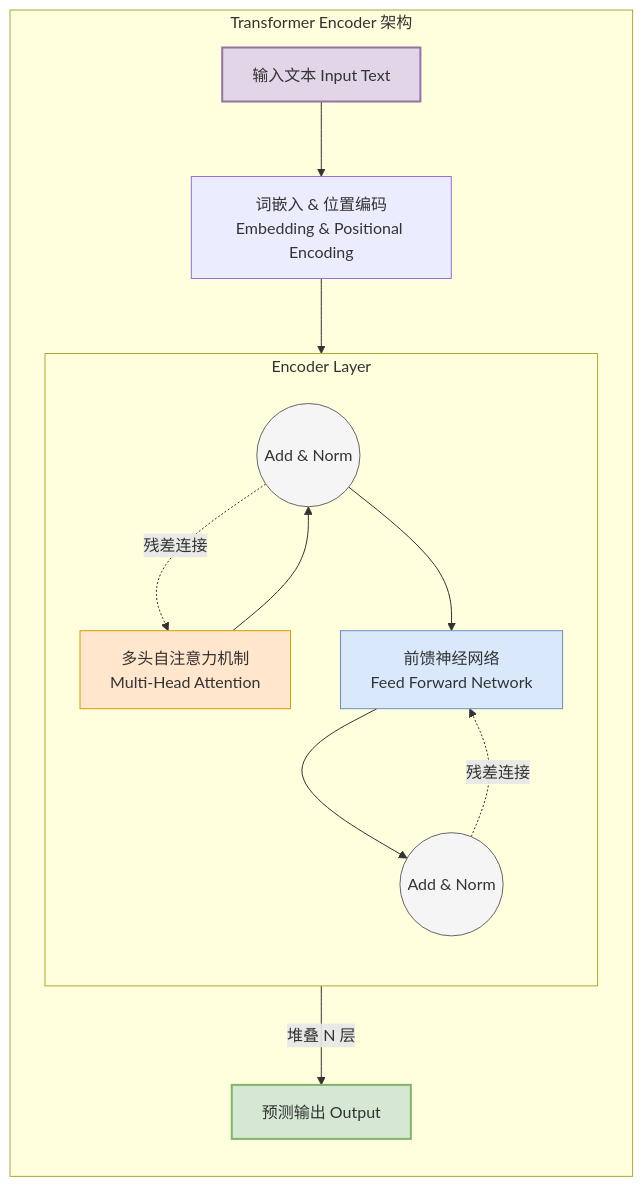
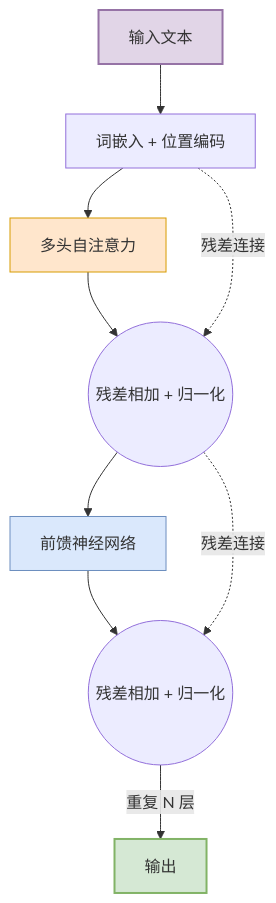
Before and after one commit to PlutoKeating/Project.plusOne: the second of 2 diagrams in docs/ch02/extra-01-self-attention.md, drawn with Mermaid. The commit also changed other lines of this file and 2 other files, not shown here.

Commit message:
docs(ch02): rewrite LLM API chapter and self-attention reading; shorten sidebar title

````diff
--- a/docs/ch02/extra-01-self-attention.md
+++ b/docs/ch02/extra-01-self-attention.md
@@ -256,28 +141,16 @@
 ```mermaid
 graph TD
-    subgraph Transformer Encoder 架构
-        direction TB
-        Input[输入文本 Input Text] --> Embed[词嵌入 & 位置编码<br/>Embedding & Positional Encoding]
-        
-        Embed --> AddNorm1
-        
-        subgraph Encoder Layer
-            direction TB
-            MultiHead[多头自注意力机制<br/>Multi-Head Attention] --> AddNorm1((Add & Norm))
-            AddNorm1 --> FFN[前馈神经网络<br/>Feed Forward Network]
-            FFN --> AddNorm2((Add & Norm))
-            
-            AddNorm1 -.->|残差连接| MultiHead
-            AddNorm2 -.->|残差连接| FFN
-        end
-        
-        AddNorm2 -->|堆叠 N 层| Output[预测输出 Output]
-    end
+    Input[输入文本] --> Embed[词嵌入 + 位置编码]
+    Embed --> MHA[多头自注意力]
+    MHA --> AN1((残差相加 + 归一化))
+    Embed -.->|残差连接| AN1
+    AN1 --> FFN[前馈神经网络]
+    FFN --> AN2((残差相加 + 归一化))
+    AN1 -.->|残差连接| AN2
+    AN2 -->|重复 N 层| Output[输出]
 
     style Input fill:#e1d5e7,stroke:#9673a6,stroke-width:2px
     style Output fill:#d5e8d4,stroke:#82b366,stroke-width:2px
-    style MultiHead fill:#ffe6cc,stroke:#d79b00
+    style MHA fill:#ffe6cc,stroke:#d79b00
     style FFN fill:#dae8fc,stroke:#6c8ebf
-    style AddNorm1 fill:#f5f5f5,stroke:#666666
-    style AddNorm2 fill:#f5f5f5,stroke:#666666
 ```
````
